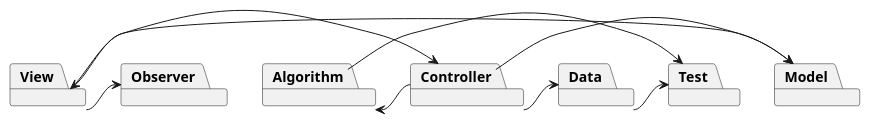
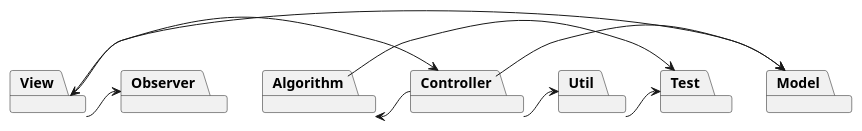
The diagram in src/documentation/PackageDiagram.puml (Karlenkko/Agile-OnErrand), drawn with PlantUML before and after one commit. The commit also changed 7 other files, not shown here.

Commit message:
fix(Package Data): Data name changed to Util

```diff
--- a/src/documentation/PackageDiagram.puml
+++ b/src/documentation/PackageDiagram.puml
@@ -1,44 +1,44 @@
 @startuml
 
 'abstract class AbstractList
 'abstract AbstractCollection
 'interface List
 'interface Collection
 '
 'List <|-- AbstractList
 'Collection <|-- AbstractCollection
 '
 'Collection <|- List
 'AbstractCollection <|- AbstractList
 'AbstractList <|-- ArrayList
 '
 'class ArrayList {
 'Object[] elementData
 'size()
 '}
 '
 'enum TimeUnit {
 'DAYS
 'HOURS
 'MINUTES
 '}
 
 Package Controller
-Package Data
+Package Util
 Package Algorithm
 Package Model
 Package Test
 Package View
 Package Observer
 
 View <-> Controller
 Controller -> Model
 View -> Model
 Algorithm <- Controller
-Controller -> Data
+Controller -> Util
 
-Data -> Test
+Util -> Test
 Algorithm -> Test
 View -> Observer
 
 @enduml
```
